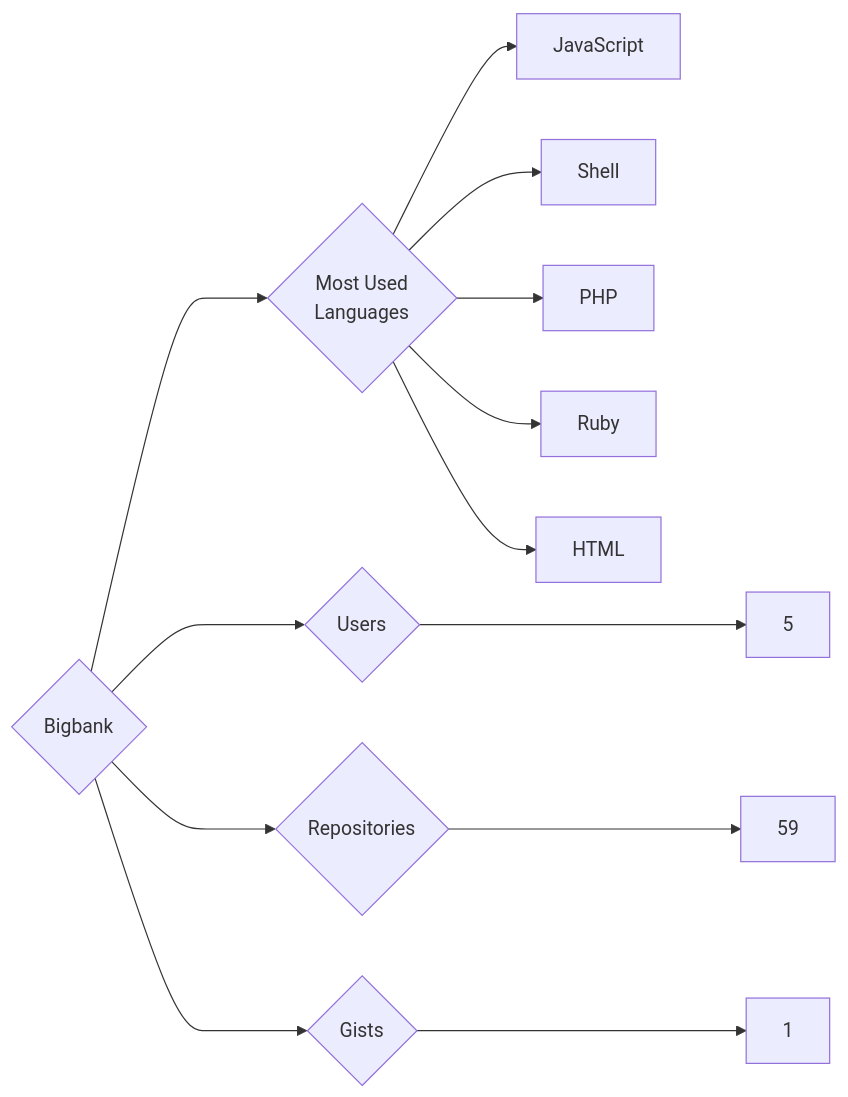
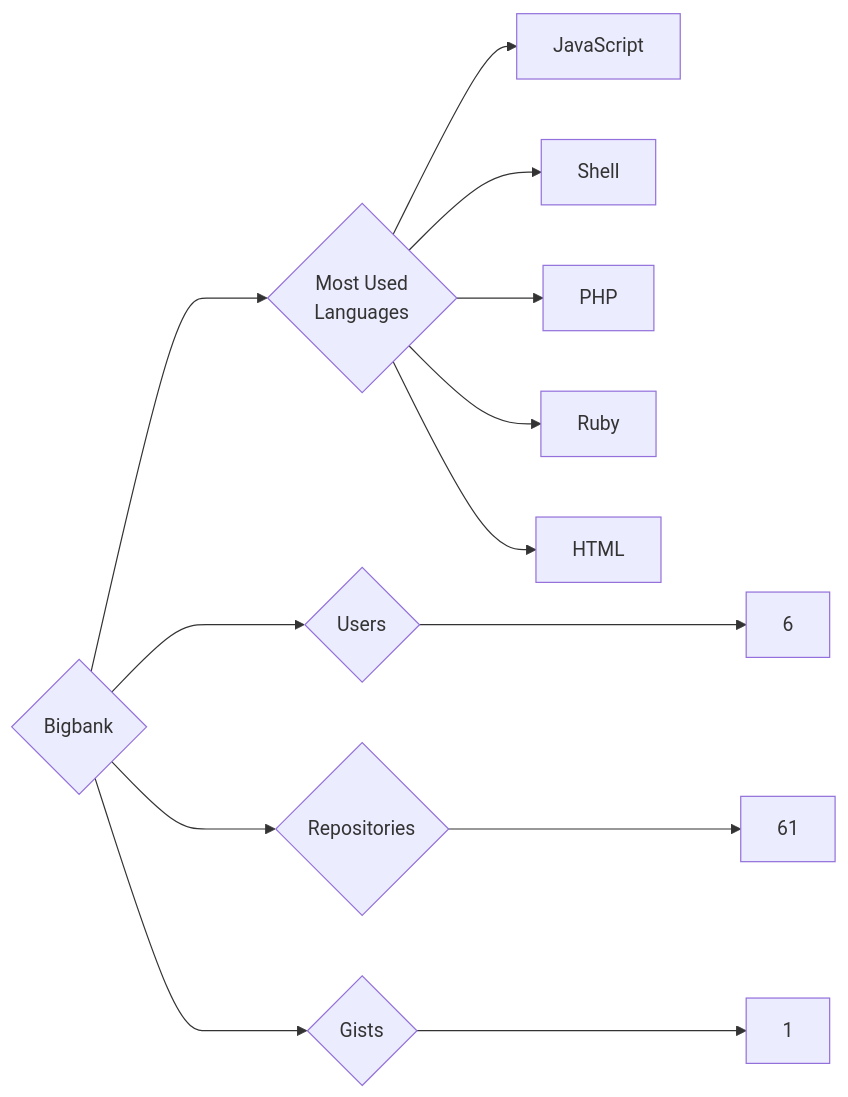
The diagram in targets/Bigbank/README.md (trickest/insiders), drawn with Mermaid before and after one commit. The commit also changed 933 other files, not shown here.

````diff
--- a/targets/Bigbank/README.md
+++ b/targets/Bigbank/README.md
@@ -3,13 +3,13 @@
 ```mermaid
 graph LR
 COMPANY_NAME{Bigbank}
-COMPANY_NAME ---> U{Users} ---> UN[5]
-COMPANY_NAME ---> R{Repositories} ---> RN[59]
+COMPANY_NAME ---> U{Users} ---> UN[6]
+COMPANY_NAME ---> R{Repositories} ---> RN[61]
 COMPANY_NAME ---> G{Gists} ---> GN[1]
 COMPANY_NAME ---> ML{Most Used<br>Languages}
 ML --> JavaScript[JavaScript]
 ML --> Shell[Shell]
 ML --> PHP[PHP]
 ML --> Ruby[Ruby]
 ML --> HTML[HTML]
 ```
````
